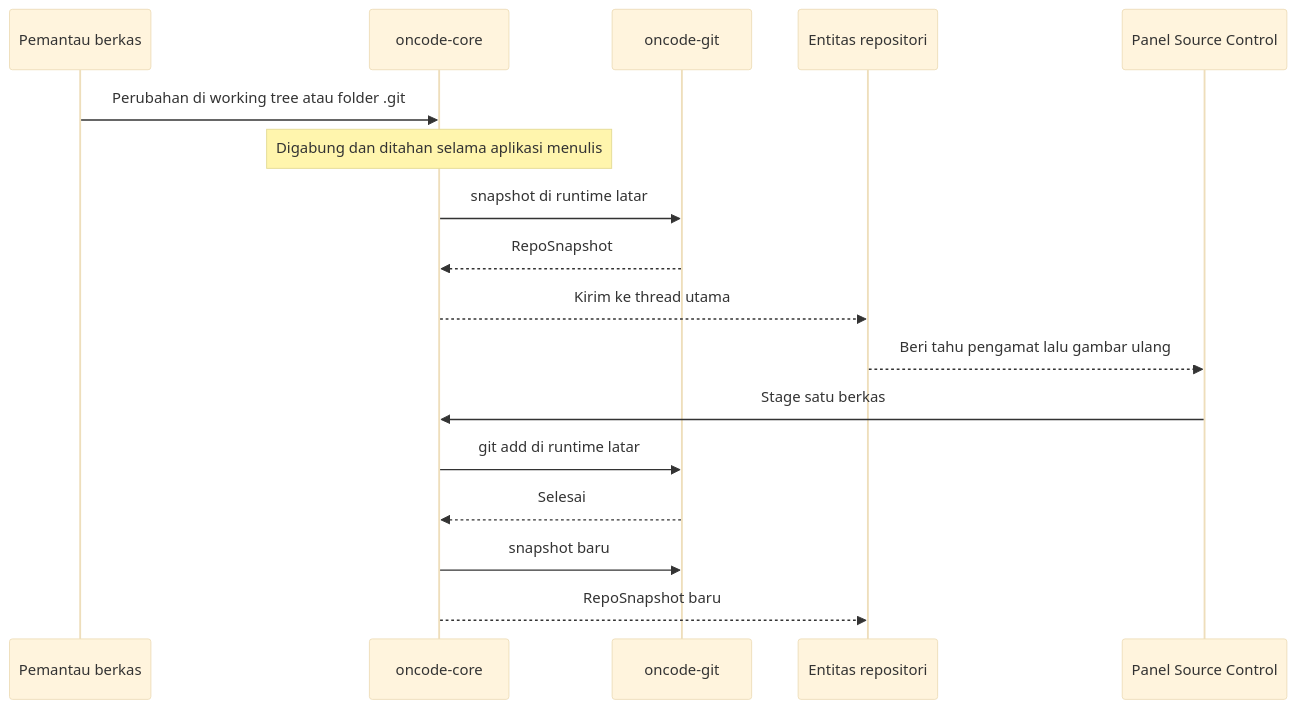
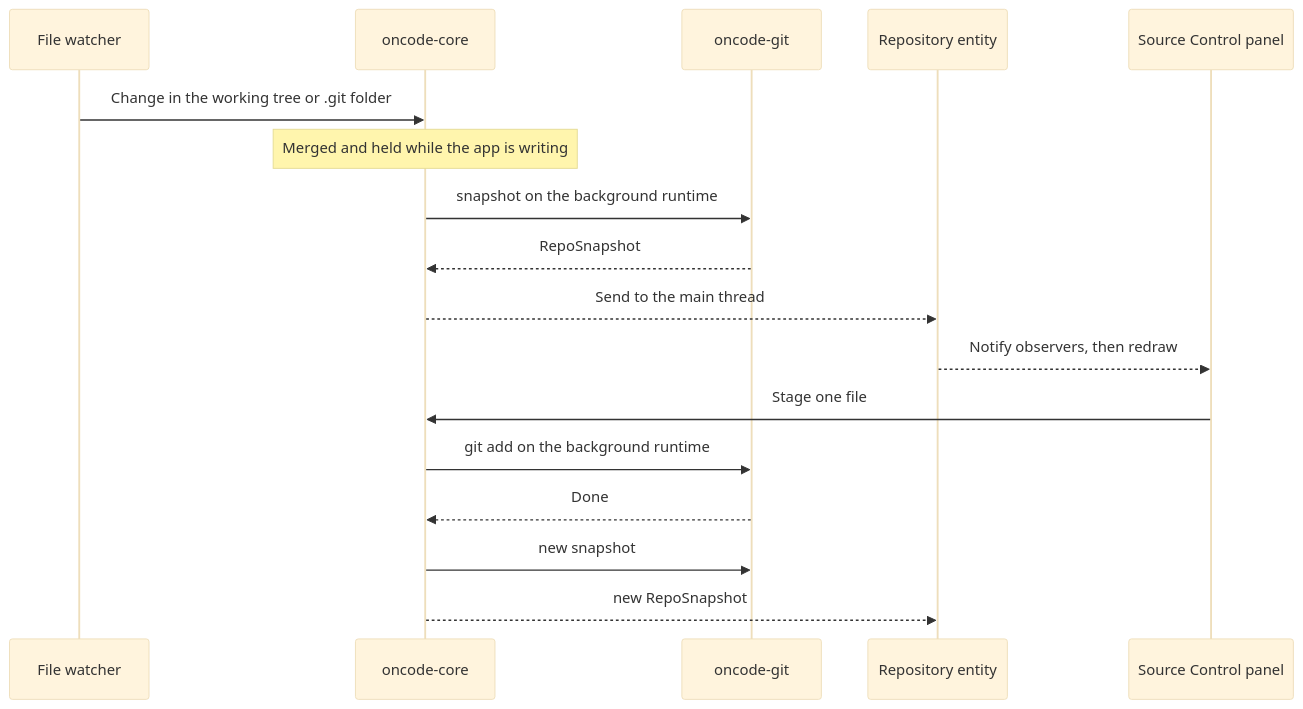
The second of 4 diagrams in docs/DESIGN.md (OkkyRoyDirgantara/oncode), drawn with Mermaid (base theme) before and after one commit. The commit also changed other lines of this file and 240 other files, not shown here.

````diff
--- a/docs/DESIGN.md
+++ b/docs/DESIGN.md
@@ -278,20 +278,20 @@
 ```mermaid
 sequenceDiagram
-    participant W as Pemantau berkas
+    participant W as File watcher
     participant C as oncode-core
     participant G as oncode-git
-    participant E as Entitas repositori
-    participant V as Panel Source Control
+    participant E as Repository entity
+    participant V as Source Control panel
 
-    W->>C: Perubahan di working tree atau folder .git
-    Note over C: Digabung dan ditahan selama aplikasi menulis
-    C->>G: snapshot di runtime latar
+    W->>C: Change in the working tree or .git folder
+    Note over C: Merged and held while the app is writing
+    C->>G: snapshot on the background runtime
     G-->>C: RepoSnapshot
-    C-->>E: Kirim ke thread utama
-    E-->>V: Beri tahu pengamat lalu gambar ulang
-    V->>C: Stage satu berkas
-    C->>G: git add di runtime latar
-    G-->>C: Selesai
-    C->>G: snapshot baru
-    C-->>E: RepoSnapshot baru
+    C-->>E: Send to the main thread
+    E-->>V: Notify observers, then redraw
+    V->>C: Stage one file
+    C->>G: git add on the background runtime
+    G-->>C: Done
+    C->>G: new snapshot
+    C-->>E: new RepoSnapshot
 ```
````
